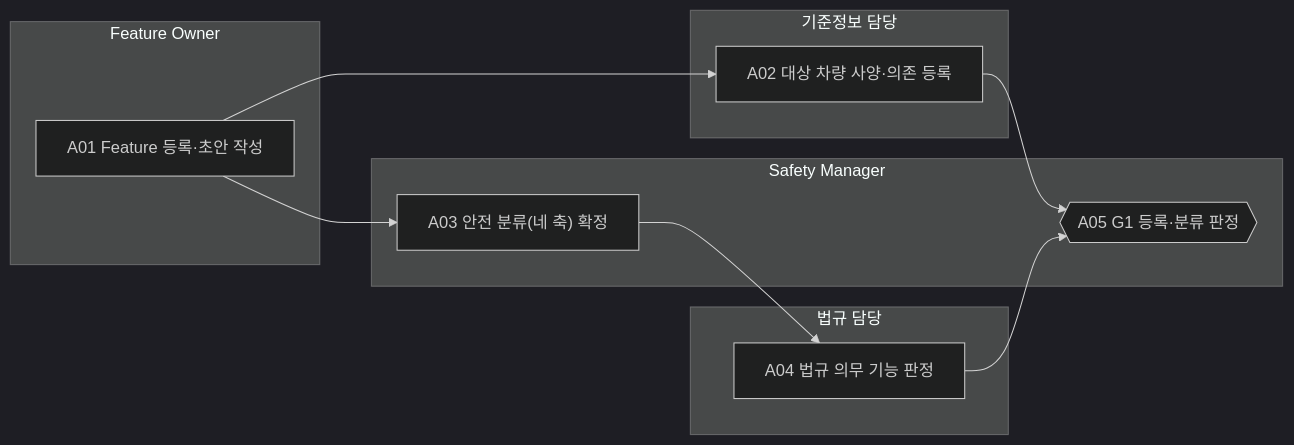
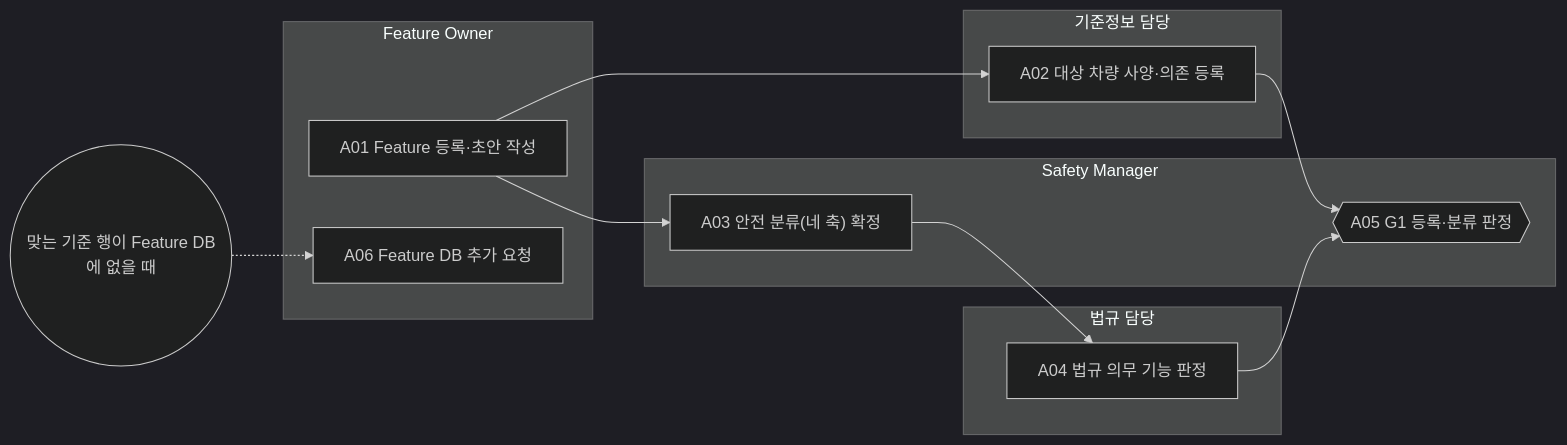
The diagram in docs/65-workflows/out/processes/FPW.1.md (mutuuslab/feature-topology-platform), drawn with Mermaid (dark theme) before and after one commit. The commit also changed other lines of this file and 55 other files, not shown here.

First line of the commit message:
업무 절차: Feature DB 운영(FPW.14) — 추가 요청(FPW.1-A06)·관리자 R-RDA·도메인 검토자 R-DRV·SOD-13/14

````diff
--- a/docs/65-workflows/out/processes/FPW.1.md
+++ b/docs/65-workflows/out/processes/FPW.1.md
@@ -26,21 +26,23 @@
 ```mermaid
 flowchart LR
   subgraph R_FO["Feature Owner"]
     FPW_1_A01["A01 Feature 등록·초안 작성"]
+    FPW_1_A06["A06 Feature DB 추가 요청"]
   end
   subgraph R_PLM["기준정보 담당"]
     FPW_1_A02["A02 대상 차량 사양·의존 등록"]
   end
   subgraph R_SM["Safety Manager"]
     FPW_1_A03["A03 안전 분류(네 축) 확정"]
     FPW_1_A05{{"A05 G1 등록·분류 판정"}}
   end
   subgraph R_REG["법규 담당"]
     FPW_1_A04["A04 법규 의무 기능 판정"]
   end
   FPW_1_A01 --> FPW_1_A02
   FPW_1_A01 --> FPW_1_A03
   FPW_1_A02 --> FPW_1_A05
   FPW_1_A03 --> FPW_1_A04
   FPW_1_A04 --> FPW_1_A05
+  T_FPW_1_A06(("맞는 기준 행이 Feature DB에 없을 때")) -.-> FPW_1_A06
 ```
````
